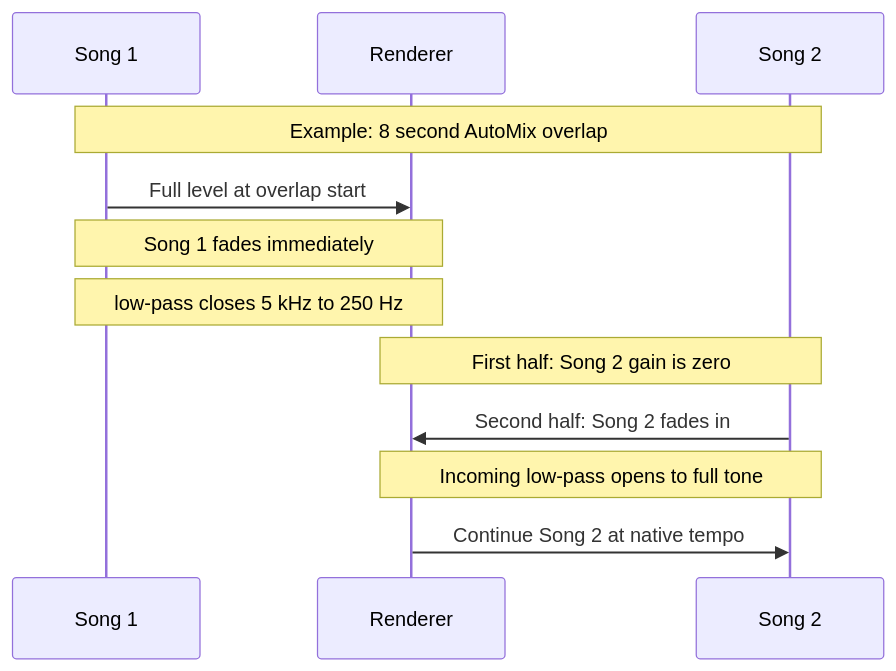
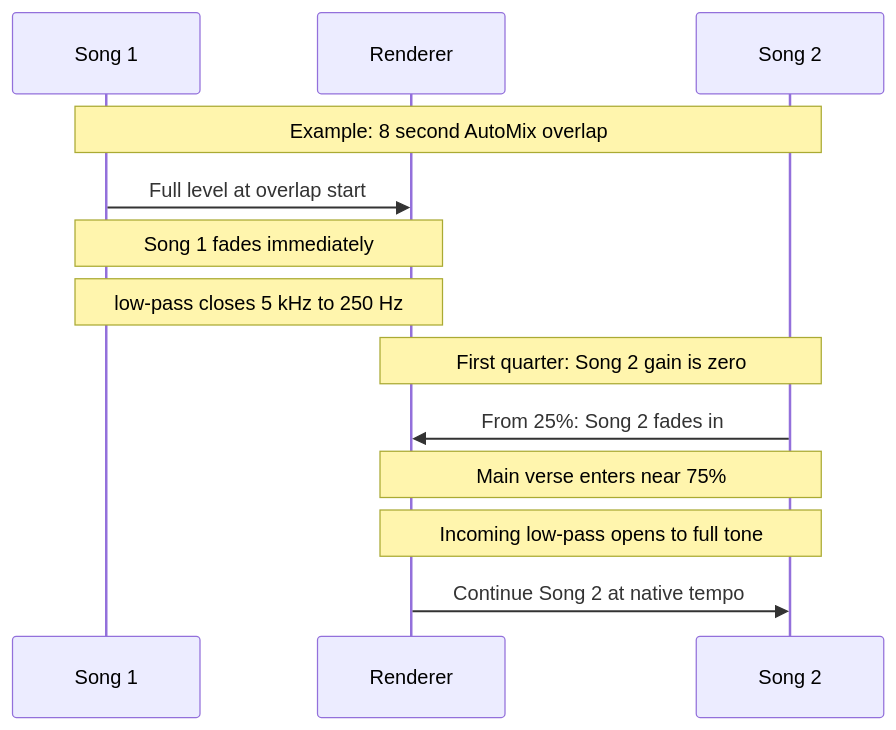
Before and after one commit to rishabh1057d/automix-lab: the fourth of 4 diagrams in README.md, drawn with Mermaid. The commit also changed other lines of this file and 8 other files, not shown here.

````diff
--- a/README.md
+++ b/README.md
@@ -130,14 +131,15 @@
 ```mermaid
 sequenceDiagram
   participant A as Song 1
   participant M as Renderer
   participant B as Song 2
   Note over A,B: Example: 8 second AutoMix overlap
   A->>M: Full level at overlap start
   Note over A,M: Song 1 fades immediately;
   Note over A,M: low-pass closes 5 kHz to 250 Hz
-  Note over M,B: First half: Song 2 gain is zero
-  B->>M: Second half: Song 2 fades in
+  Note over M,B: First quarter: Song 2 gain is zero
+  B->>M: From 25%: Song 2 fades in
+  Note over M,B: Main verse enters near 75%
   Note over M,B: Incoming low-pass opens to full tone
   M->>B: Continue Song 2 at native tempo
 ```
````
